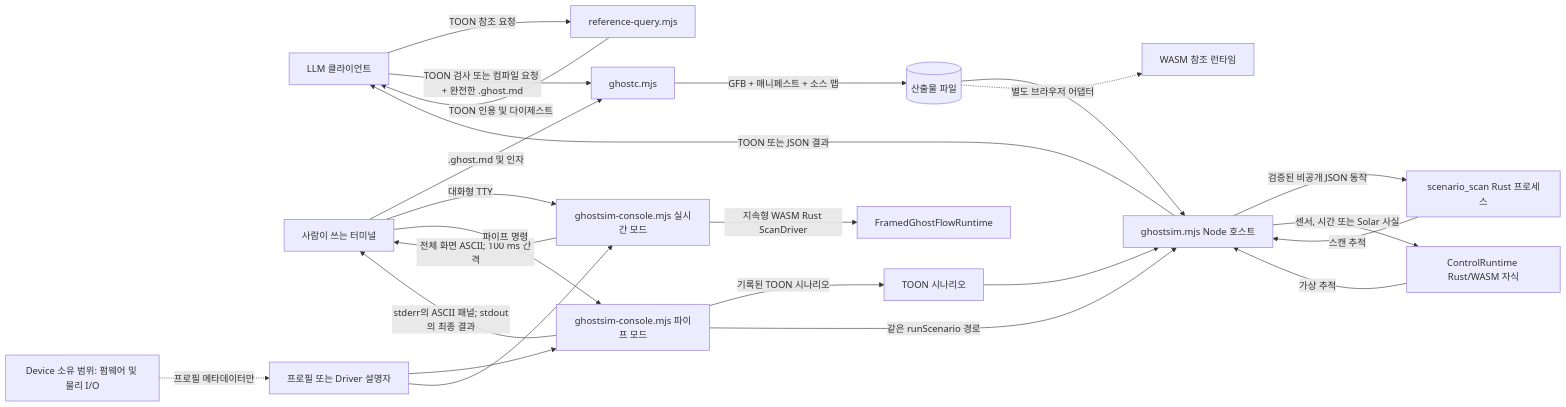
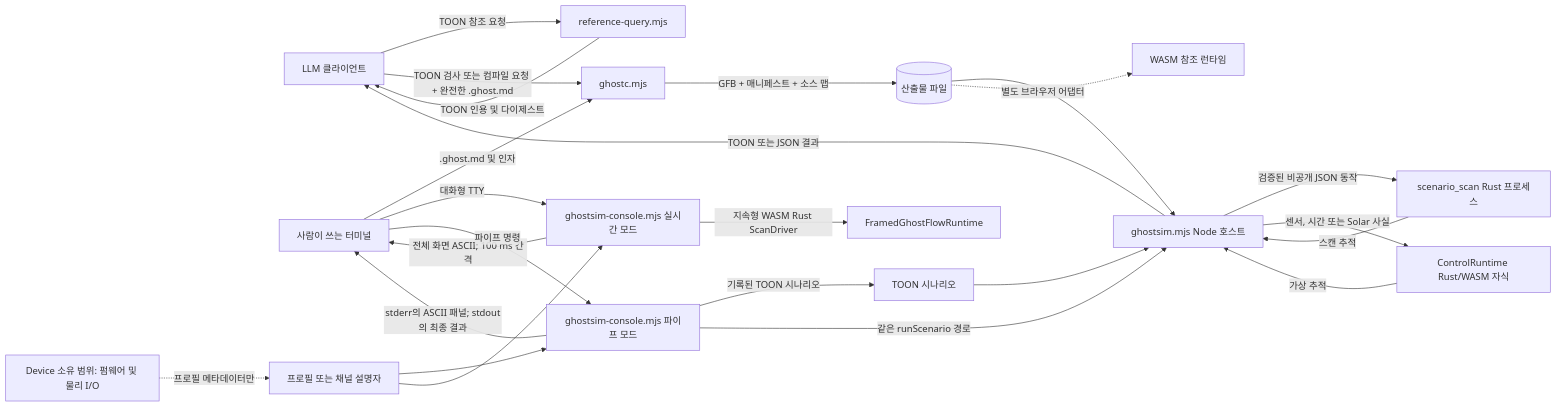
One commit to callin2/ghostflow-language changed the first of 4 diagrams in docs/LLM-TOOLCHAIN-ARCHITECTURE.ko.md. Above: the diagram before and after it, drawn with Mermaid. The commit also changed other lines of this file and 87 other files, not shown here.

````diff
--- a/docs/LLM-TOOLCHAIN-ARCHITECTURE.ko.md
+++ b/docs/LLM-TOOLCHAIN-ARCHITECTURE.ko.md
@@ -12,26 +12,26 @@
 ```mermaid
 flowchart LR
   LLM[LLM 클라이언트] -->|TOON 참조 요청| R[reference-query.mjs]
   R -->|TOON 인용 및 다이제스트| LLM
   LLM -->|TOON 검사 또는 컴파일 요청 + 완전한 .ghost.md| C[ghostc.mjs]
   Human[사람이 쓰는 터미널] -->|.ghost.md 및 인자| C
   C -->|GFB + 매니페스트 + 소스 맵| A[(산출물 파일)]
   A --> S[ghostsim.mjs Node 호스트]
   Scenario[TOON 시나리오] --> S
   S -->|검증된 비공개 JSON 동작| Native[scenario_scan Rust 프로세스]
   Native -->|스캔 추적| S
   S -->|센서, 시간 또는 Solar 사실| SimWasm[ControlRuntime Rust/WASM 자식]
   SimWasm -->|가상 추적| S
   S -->|TOON 또는 JSON 결과| LLM
   Human -->|대화형 TTY| Live[ghostsim-console.mjs 실시간 모드]
   Live -->|지속형 WASM Rust ScanDriver| Core[FramedGhostFlowRuntime]
   Live -->|전체 화면 ASCII; 100 ms 간격| Human
   Human -->|파이프 명령| Console[ghostsim-console.mjs 파이프 모드]
-  Profile[프로필 또는 Driver 설명자] --> Console
+  Profile[프로필 또는 채널 설명자] --> Console
   Profile --> Live
   Console -->|기록된 TOON 시나리오| Scenario
   Console -->|같은 runScenario 경로| S
   Console -->|stderr의 ASCII 패널; stdout의 최종 결과| Human
   A -. 별도 브라우저 어댑터 .-> WASM[WASM 참조 런타임]
   Device[Device 소유 범위: 펌웨어 및 물리 I/O] -. 프로필 메타데이터만 .-> Profile
 ```
````
